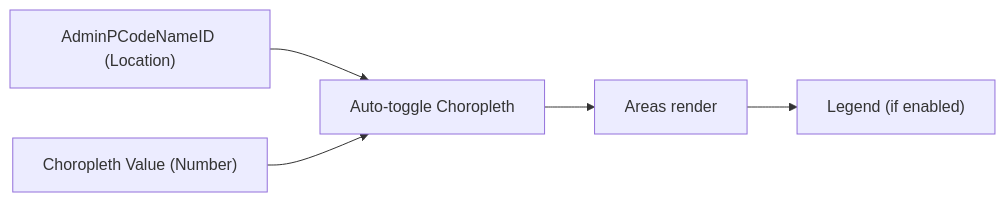
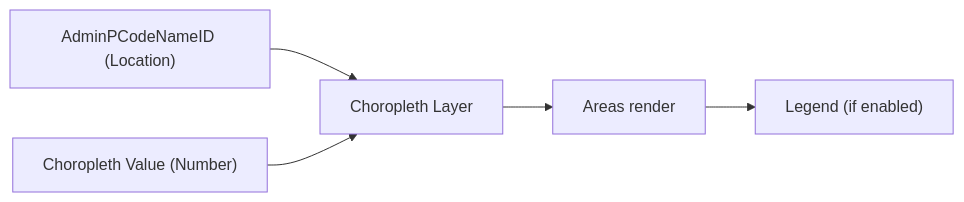
The first of 2 diagrams in spec/choropleth/quick-reference.md (maplumi/maplumi-pbi), drawn with Mermaid before and after one commit. The commit also changed other lines of this file and 3 other files, not shown here.

````diff
--- a/spec/choropleth/quick-reference.md
+++ b/spec/choropleth/quick-reference.md
@@ -7,7 +7,7 @@
 ```mermaid
 flowchart LR
-  A["AdminPCodeNameID (Location)"] --> B[Auto-toggle Choropleth]
+  A["AdminPCodeNameID (Location)"] --> B[Choropleth Layer]
   C["Choropleth Value (Number)"] --> B
    B --> D[Areas render]
   D --> E["Legend (if enabled)"]
 ```
````
